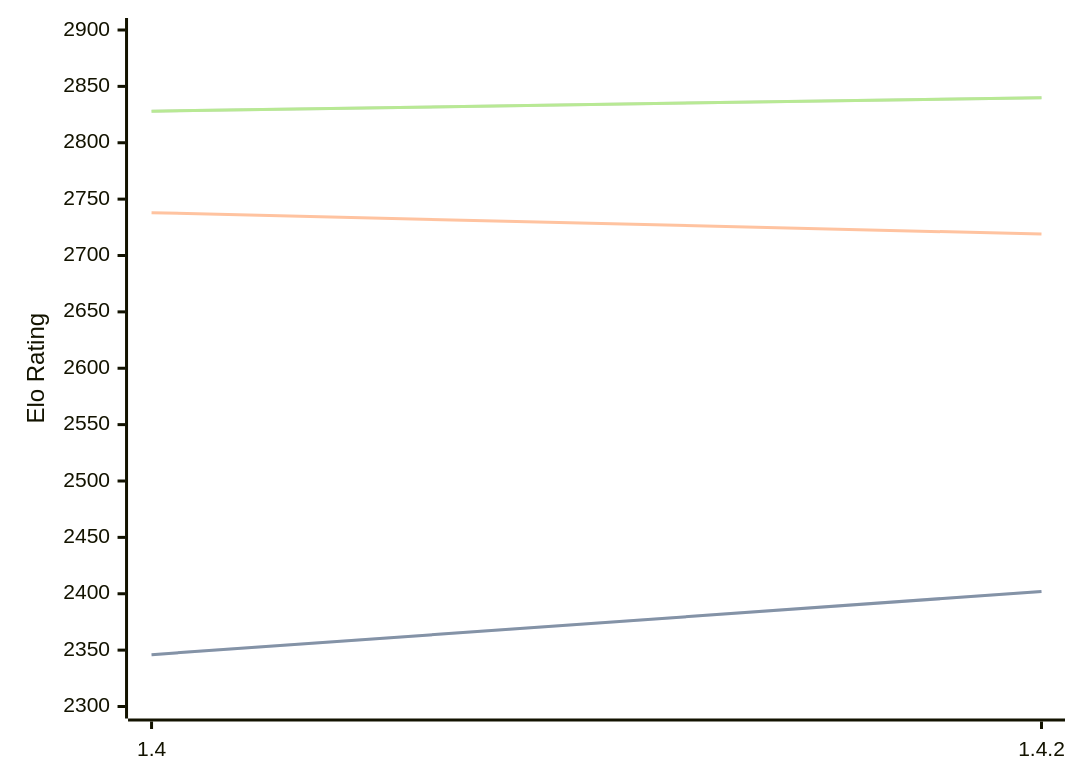
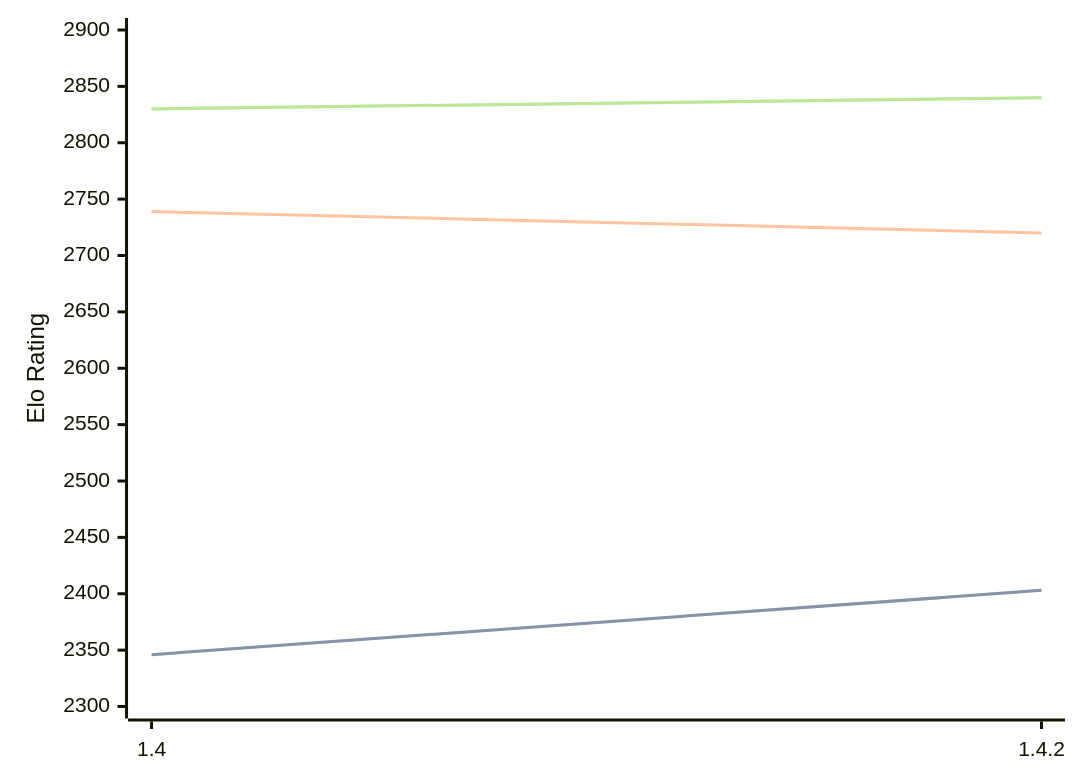
One commit to computer-chess-index/cci changed the diagram in engines/Spike.md. Above: the diagram before and after it, drawn with Mermaid. The commit also changed other lines of this file, not shown here.

Commit message:
Update CCI Ratings (ELO VLTC) - 2026-10-08

````diff
--- a/engines/Spike.md
+++ b/engines/Spike.md
@@ -32,11 +32,11 @@
 ```mermaid
 %%{init: {"theme":"base","themeVariables":{"seriesColors:['#a3a3a3','#222221','#faa371']}}}%%
 xychart-beta
   x-axis ["1.4", "1.4.2"]
   y-axis "Elo Rating" 2300 --> 2900
-  line "" [2346, 2402]
-  line "STC (8.0+0.08s)" [2346, 2402]
-  line "LTC (60.0+0.60s)" [2738, 2719]
-  line "" [2828, 2840]
-  line "VLTC (2m24s+1.12s)" [2828, 2840]
+  line "" [2346, 2403]
+  line "STC (8.0+0.08s)" [2346, 2403]
+  line "LTC (60.0+0.60s)" [2739, 2720]
+  line "" [2830, 2840]
+  line "VLTC (2m24s+1.12s)" [2830, 2840]
 ```
````
